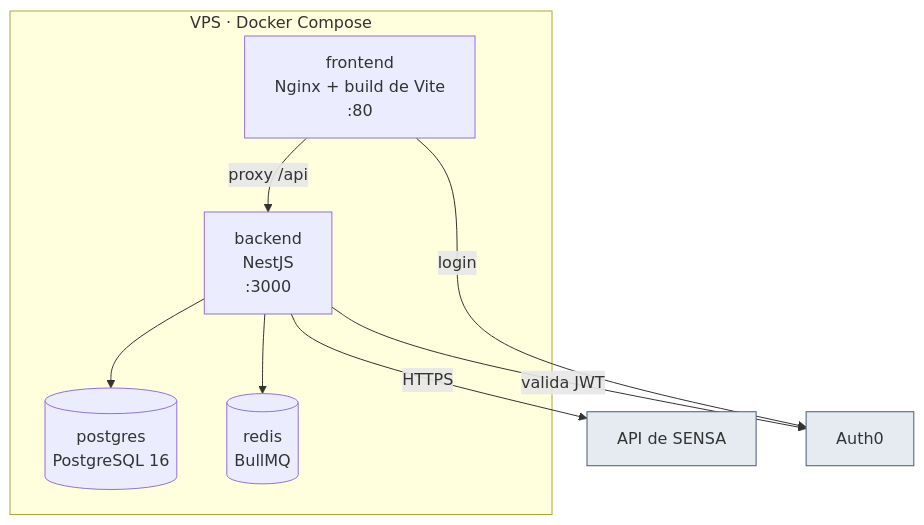
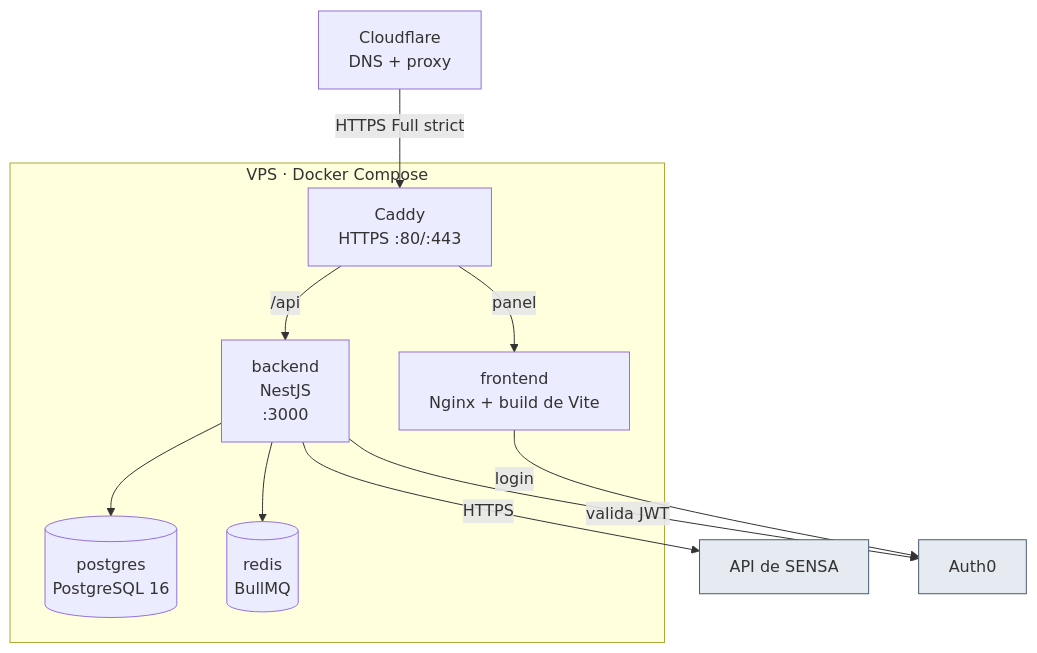
One commit to Leonel-18/iptvcontrol changed the diagram in vault/40 - Operación/Despliegue y operación.md. Above: the diagram before and after it, drawn with Mermaid. The commit also changed other lines of this file and 11 other files, not shown here.

````diff
--- a/vault/40 - Operación/Despliegue y operación.md
+++ b/vault/40 - Operación/Despliegue y operación.md
@@ -13,21 +16,25 @@
 ```mermaid
 graph TB
+    CF["Cloudflare<br/>DNS + proxy"]
     subgraph VPS["VPS · Docker Compose"]
-        NGINX["frontend<br/>Nginx + build de Vite<br/>:80"]
+        CADDY["Caddy<br/>HTTPS :80/:443"]
+        NGINX["frontend<br/>Nginx + build de Vite"]
         API["backend<br/>NestJS<br/>:3000"]
         PG[("postgres<br/>PostgreSQL 16")]
         REDIS[("redis<br/>BullMQ")]
     end
     SENSA["API de SENSA"]
     AUTH0["Auth0"]
 
-    NGINX -->|"proxy /api"| API
+    CF -->|"HTTPS Full strict"| CADDY
+    CADDY -->|"panel"| NGINX
+    CADDY -->|"/api"| API
     API --> PG
     API --> REDIS
     API -->|"HTTPS"| SENSA
     API -->|"valida JWT"| AUTH0
     NGINX -->|"login"| AUTH0
 
     classDef externo fill:#E6EAF1,stroke:#4A5B77
     class SENSA,AUTH0 externo
 ```
````
